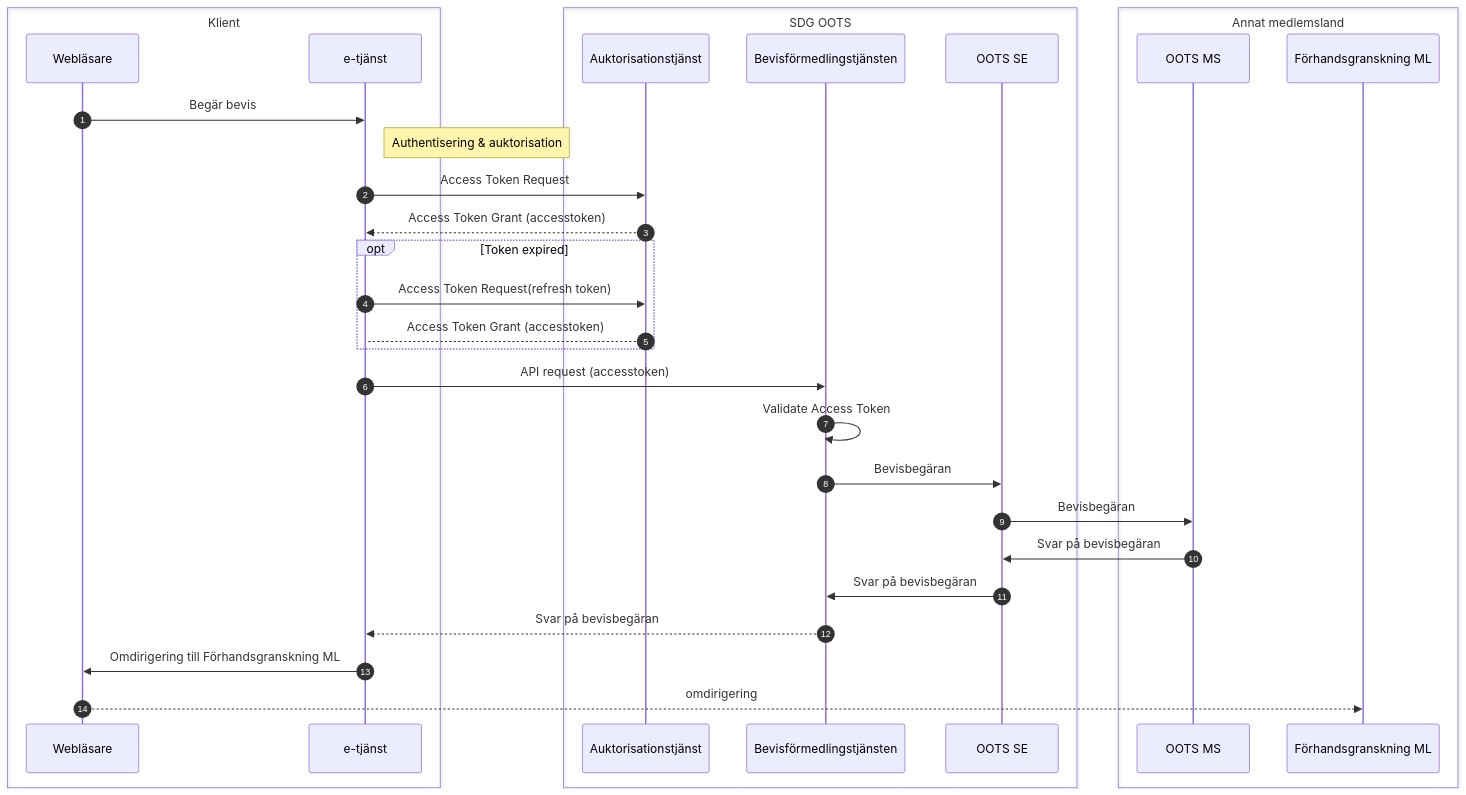
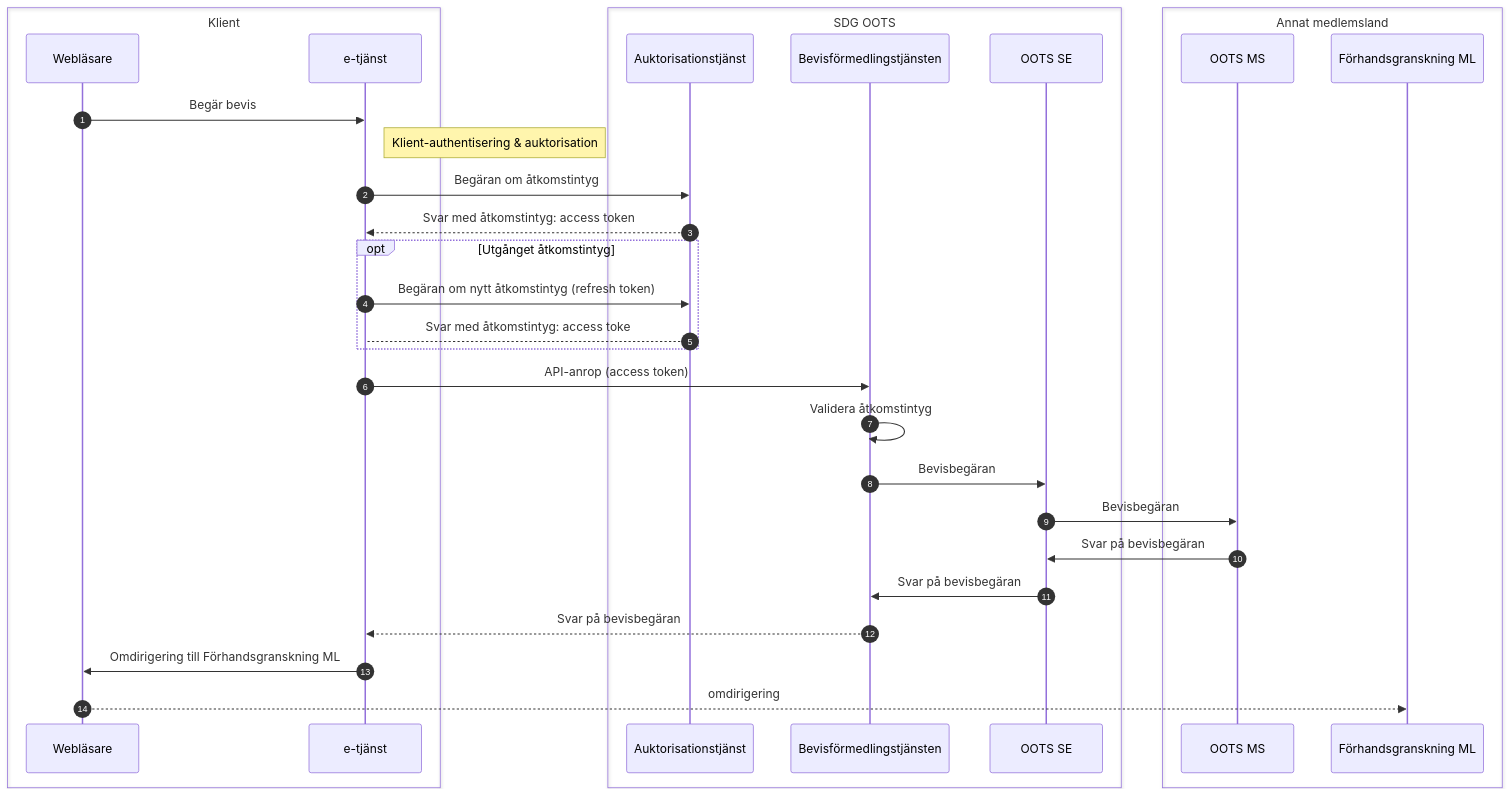
The third of 4 diagrams in docs/sequence.md (diggsweden/sdg-authorization), drawn with Mermaid before and after one commit. The commit also changed other lines of this file and 1 other file, not shown here.

````diff
--- a/docs/sequence.md
+++ b/docs/sequence.md
@@ -43,35 +44,35 @@
 ```mermaid
 sequenceDiagram
 autonumber
 box Klient
 participant W as Webläsare
 participant OF as e-tjänst
 end
 box SDG OOTS
 participant AT as Auktorisationstjänst
 
 participant BT as Bevisförmedlingstjänsten 
 participant OTSE as OOTS SE
 end
 box Annat medlemsland
 participant OTMS as OOTS MS
 participant MSOF as Förhandsgranskning ML
 end
 W->>OF: Begär bevis
-Note right of OF: Authentisering & auktorisation
-OF->>AT: Access Token Request
-AT-->>OF: Access Token Grant (accesstoken)
-Opt Token expired
-OF->>AT: Access Token Request(refresh token)
-AT-->OF: Access Token Grant (accesstoken)
+Note right of OF: Klient-authentisering & auktorisation
+OF->>AT: Begäran om åtkomstintyg
+AT-->>OF: Svar med åtkomstintyg: access token
+Opt Utgånget åtkomstintyg
+OF->>AT: Begäran om nytt åtkomstintyg (refresh token)
+AT-->OF: Svar med åtkomstintyg: access toke
 end
-OF->>BT: API request (accesstoken)
-BT->>BT: Validate Access Token
+OF->>BT: API-anrop (access token)
+BT->>BT: Validera åtkomstintyg
 BT->>OTSE: Bevisbegäran
 OTSE->>OTMS: Bevisbegäran
 OTMS->>OTSE: Svar på bevisbegäran
 OTSE->>BT: Svar på bevisbegäran
 BT-->>OF: Svar på bevisbegäran
 OF->>W: Omdirigering till Förhandsgranskning ML
 W-->>MSOF: omdirigering
 ```
````
